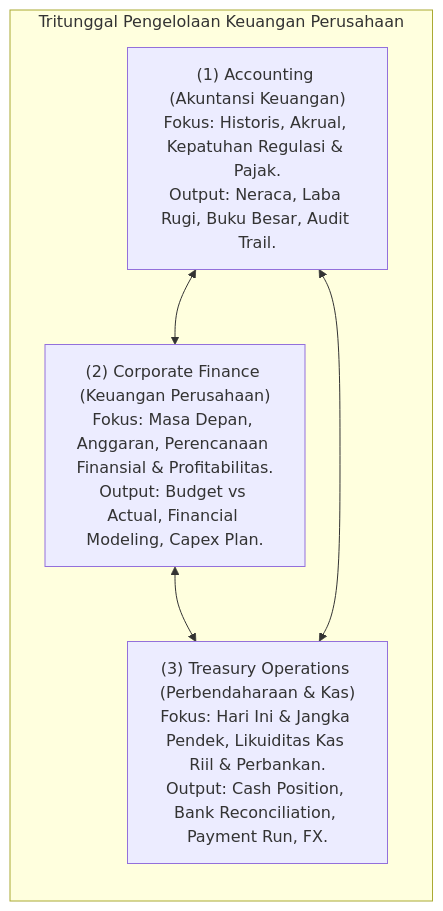
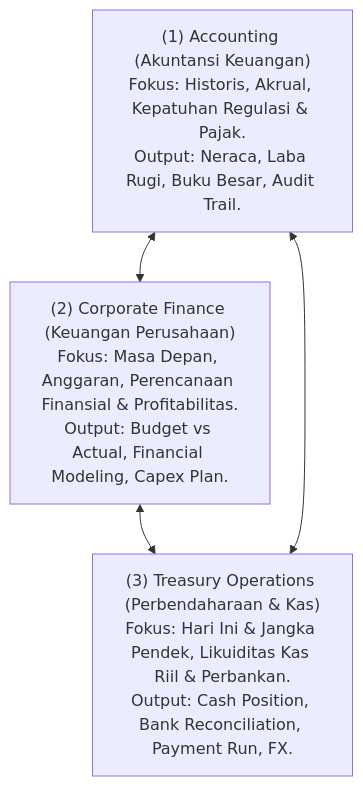
The first of 2 diagrams in content/07-finance/finance-fundamentals.md (alimurrofid/erp-notes), drawn with Mermaid before and after one commit. The commit also changed other lines of this file and 58 other files, not shown here.

Commit message:
fix(content):Mermaid Subgraph

````diff
--- a/content/07-finance/finance-fundamentals.md
+++ b/content/07-finance/finance-fundamentals.md
@@ -35,12 +35,10 @@
 ```mermaid
 flowchart TD
-    subgraph CoreTriad["Tritunggal Pengelolaan Keuangan Perusahaan"]
         direction TB
         ACC["(1) Accounting (Akuntansi Keuangan)<br/>Fokus: Historis, Akrual, Kepatuhan Regulasi & Pajak.<br/>Output: Neraca, Laba Rugi, Buku Besar, Audit Trail."]
         FIN["(2) Corporate Finance (Keuangan Perusahaan)<br/>Fokus: Masa Depan, Anggaran, Perencanaan Finansial & Profitabilitas.<br/>Output: Budget vs Actual, Financial Modeling, Capex Plan."]
         TRS["(3) Treasury Operations (Perbendaharaan & Kas)<br/>Fokus: Hari Ini & Jangka Pendek, Likuiditas Kas Riil & Perbankan.<br/>Output: Cash Position, Bank Reconciliation, Payment Run, FX."]
-    end
     ACC <--> FIN
     FIN <--> TRS
     TRS <--> ACC
 ```
````
